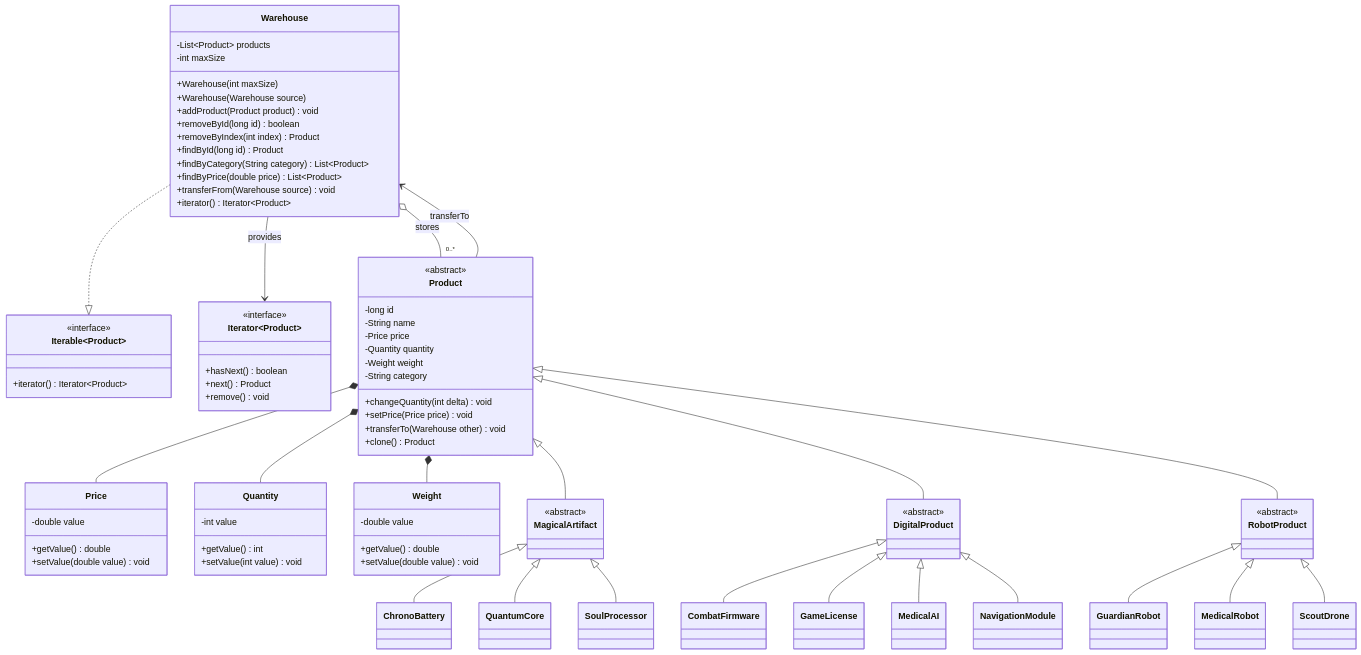
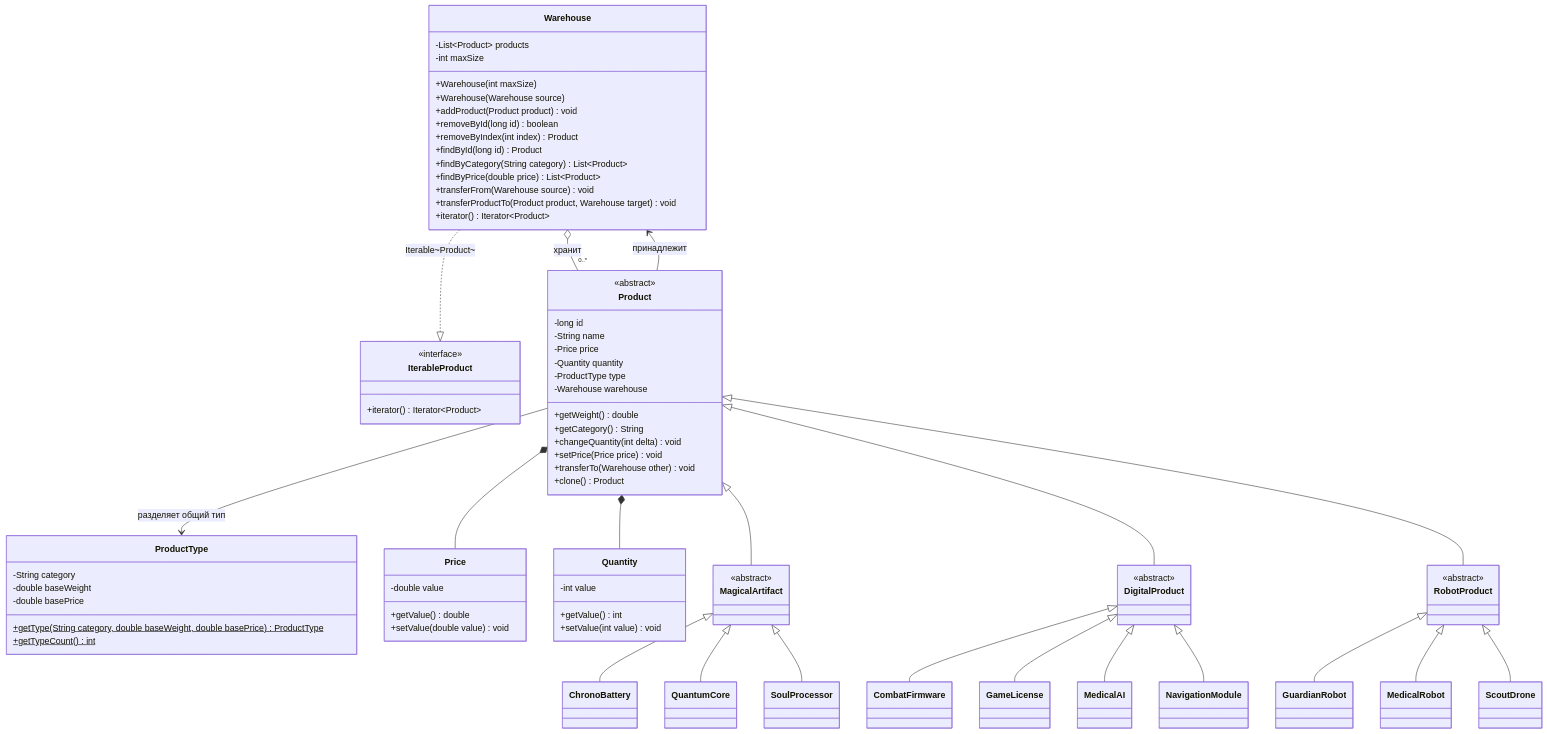
One commit to areallypawa/IS-OOP-Practical-Works changed the first of 3 diagrams in README.md. Above: the diagram before and after it, drawn with Mermaid. The commit also changed other lines of this file and 13 other files, not shown here.

```diff
--- a/README.md
+++ b/README.md
@@ -20,19 +51,13 @@
     +findByCategory(String category) List~Product~
     +findByPrice(double price) List~Product~
     +transferFrom(Warehouse source) void
+    +transferProductTo(Product product, Warehouse target) void
     +iterator() Iterator~Product~
 }
 
-class Iterable~Product~ {
+class IterableProduct {
     <<interface>>
     +iterator() Iterator~Product~
-}
-
-class Iterator~Product~ {
-    <<interface>>
-    +hasNext() boolean
-    +next() Product
-    +remove() void
 }
 
 class Product {
@@ -41,12 +66,22 @@
     -String name
     -Price price
     -Quantity quantity
-    -Weight weight
-    -String category
+    -ProductType type
+    -Warehouse warehouse
+    +getWeight() double
+    +getCategory() String
     +changeQuantity(int delta) void
     +setPrice(Price price) void
     +transferTo(Warehouse other) void
     +clone() Product
+}
+
+class ProductType {
+    -String category
+    -double baseWeight
+    -double basePrice
+    +getType(String category, double baseWeight, double basePrice)$ ProductType
+    +getTypeCount()$ int
 }
 
 class Price {
@@ -61,12 +96,6 @@
     +setValue(int value) void
 }
 
-class Weight {
-    -double value
-    +getValue() double
-    +setValue(double value) void
-}
-
 class MagicalArtifact {
     <<abstract>>
 }
@@ -79,13 +108,13 @@
     <<abstract>>
 }
 
-Warehouse ..|> Iterable~Product~
-Warehouse o-- "0..*" Product : stores
-Warehouse --> Iterator~Product~ : provides
+Warehouse ..|> IterableProduct : Iterable~Product~
+Warehouse o-- "0..*" Product : хранит
 Product *-- Price
 Product *-- Quantity
-Product *-- Weight
-Product --> Warehouse : transferTo
+Product --> ProductType : разделяет общий тип
+Product --> Warehouse : принадлежит
+
 Product <|-- MagicalArtifact
 Product <|-- DigitalProduct
 Product <|-- RobotProduct
```
